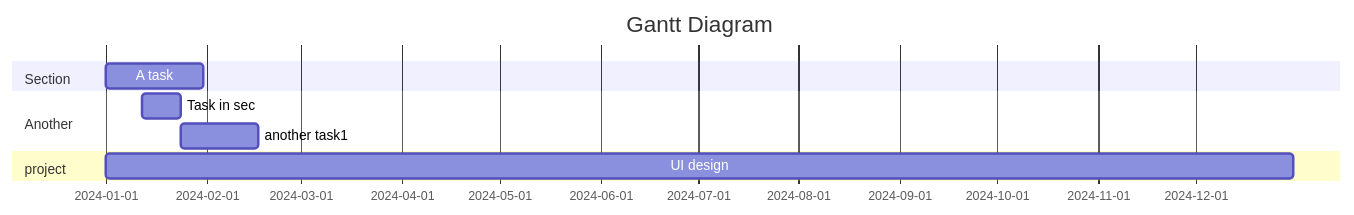
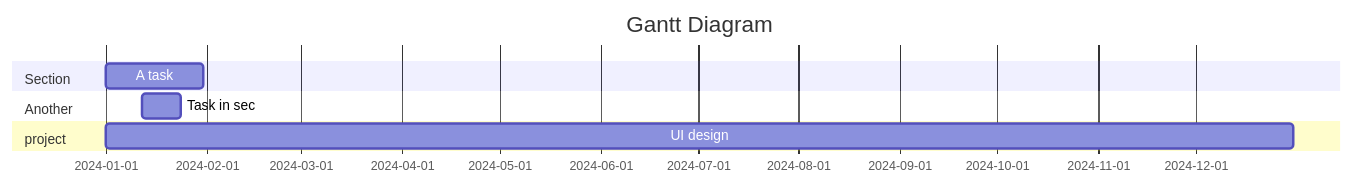
The diagram in all/Code Gantt Chart.md (z9wen/iodraw-files), drawn with Mermaid before and after one commit.

Commit message:
2024-03-29 10:59:40 update

````diff
--- a/all/Code Gantt Chart.md
+++ b/all/Code Gantt Chart.md
@@ -1,13 +1,12 @@
 ```mermaid
 gantt
     title Gantt Diagram
     dateFormat  YYYY-MM-DD
 
     section Section
     A task           :a1, 2024-01-01, 30d
     section Another
     Task in sec      :2024-01-12  , 12d
-    another task1      : 24d
     section project
     UI design        :a1, 2024-01-01, 365d
 ```
````
